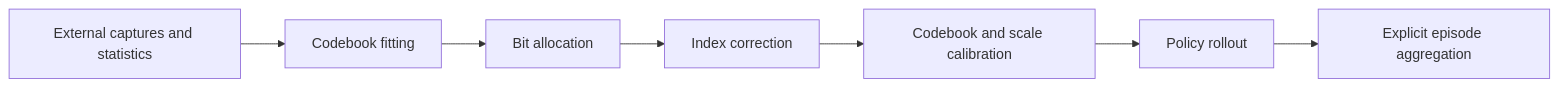
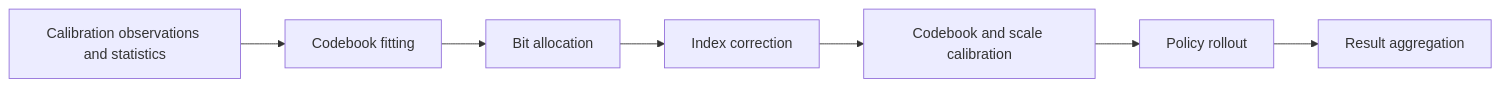
The diagram in README.md (haesunglee116/SACQ), drawn with Mermaid before and after one commit. The commit also changed other lines of this file and 11 other files, not shown here.

````diff
--- a/README.md
+++ b/README.md
@@ -27,9 +40,9 @@
 ```mermaid
 flowchart LR
-    A[External captures and statistics] --> B[Codebook fitting]
+    A[Calibration observations and statistics] --> B[Codebook fitting]
     B --> C[Bit allocation]
     C --> D[Index correction]
     D --> E[Codebook and scale calibration]
     E --> F[Policy rollout]
-    F --> G[Explicit episode aggregation]
+    F --> G[Result aggregation]
 ```
````
